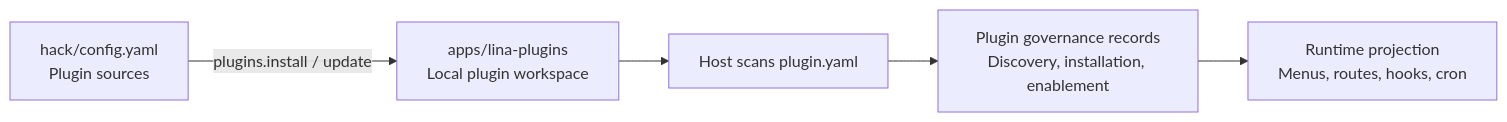
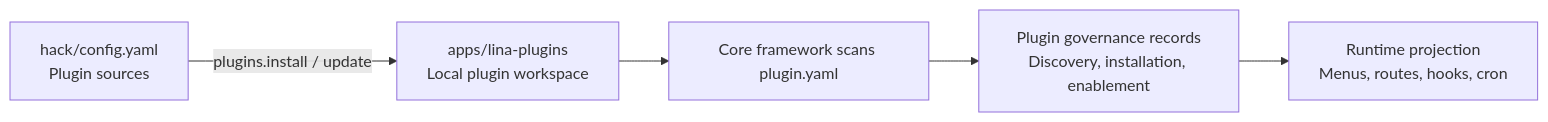
The diagram in apps/lina-site/i18n/en/docusaurus-plugin-content-docs/current/docs/2000-components/5000-plugin-system/8000-plugin-management.md (linaproai/linapro-site), drawn with Mermaid before and after one commit. The commit also changed other lines of this file and 93 other files, not shown here.

````diff
--- a/apps/lina-site/i18n/en/docusaurus-plugin-content-docs/current/docs/2000-components/5000-plugin-system/8000-plugin-management.md
+++ b/apps/lina-site/i18n/en/docusaurus-plugin-content-docs/current/docs/2000-components/5000-plugin-system/8000-plugin-management.md
@@ -35,13 +35,13 @@
 ```mermaid
 flowchart LR
     Config["hack/config.yaml<br/>Plugin sources"]
     Workspace["apps/lina-plugins<br/>Local plugin workspace"]
-    Host["Host scans plugin.yaml"]
+    Host["Core framework scans plugin.yaml"]
     Govern["Plugin governance records<br/>Discovery, installation, enablement"]
     Runtime["Runtime projection<br/>Menus, routes, hooks, cron"]
 
     Config -->|"plugins.install / update"| Workspace
     Workspace --> Host
     Host --> Govern
     Govern --> Runtime
 ```
````
